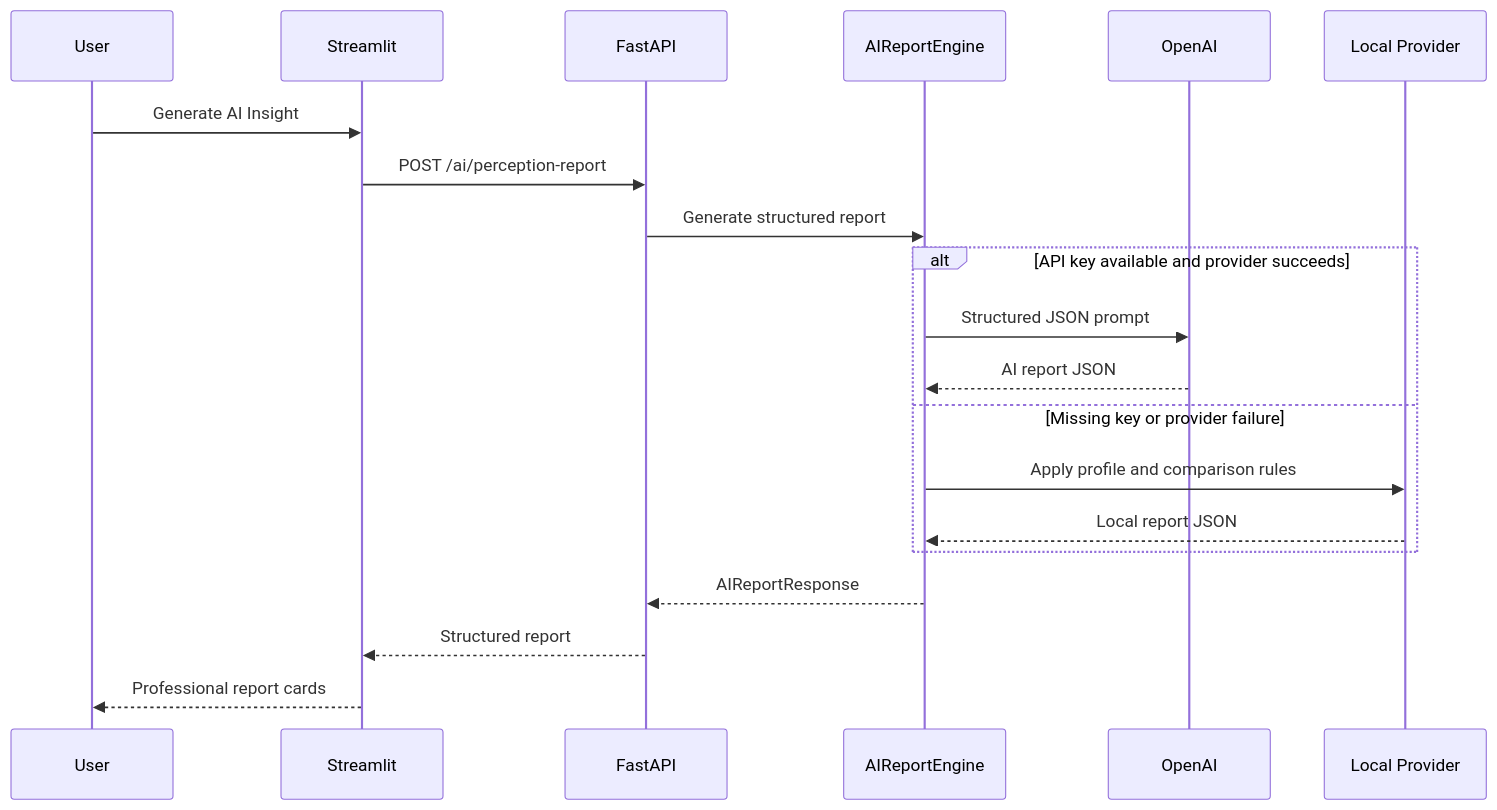
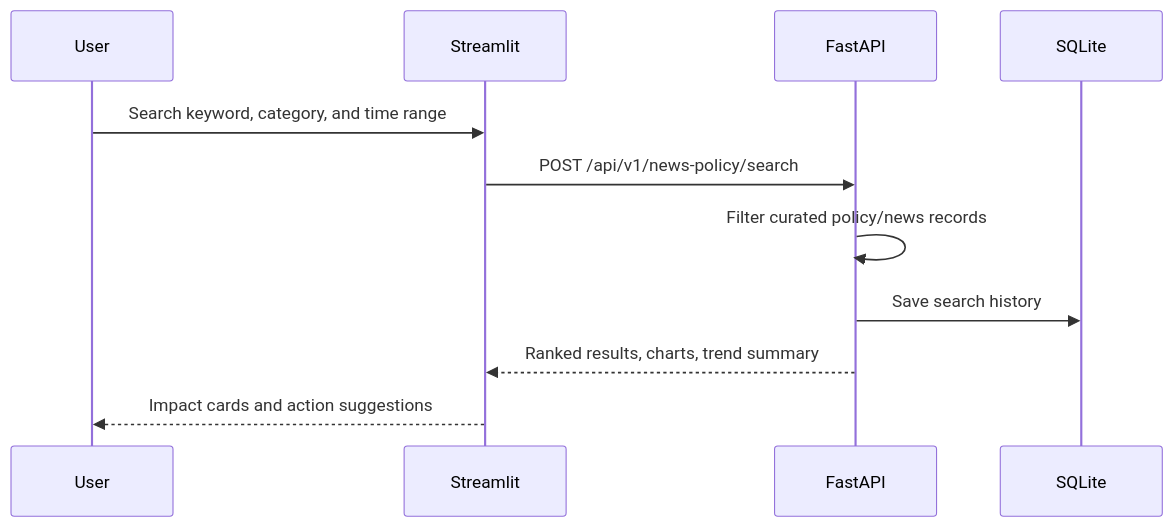
The third of 3 diagrams in docs/architecture.md (thomasyeung79/korea-data-analysis), drawn with Mermaid before and after one commit. The commit also changed other lines of this file and 3 other files, not shown here.

````diff
--- a/docs/architecture.md
+++ b/docs/architecture.md
@@ -112,23 +131,14 @@
 ```mermaid
 sequenceDiagram
     participant User
     participant Streamlit
     participant API as FastAPI
-    participant Engine as AIReportEngine
-    participant OpenAI
-    participant Local as Local Provider
+    participant DB as SQLite
 
-    User->>Streamlit: Generate AI Insight
-    Streamlit->>API: POST /ai/perception-report
-    API->>Engine: Generate structured report
-    alt API key available and provider succeeds
-        Engine->>OpenAI: Structured JSON prompt
-        OpenAI-->>Engine: AI report JSON
-    else Missing key or provider failure
-        Engine->>Local: Apply profile and comparison rules
-        Local-->>Engine: Local report JSON
-    end
-    Engine-->>API: AIReportResponse
-    API-->>Streamlit: Structured report
-    Streamlit-->>User: Professional report cards
+    User->>Streamlit: Search keyword, category, and time range
+    Streamlit->>API: POST /api/v1/news-policy/search
+    API->>API: Filter curated policy/news records
+    API->>DB: Save search history
+    API-->>Streamlit: Ranked results, charts, trend summary
+    Streamlit-->>User: Impact cards and action suggestions
 ```
````
